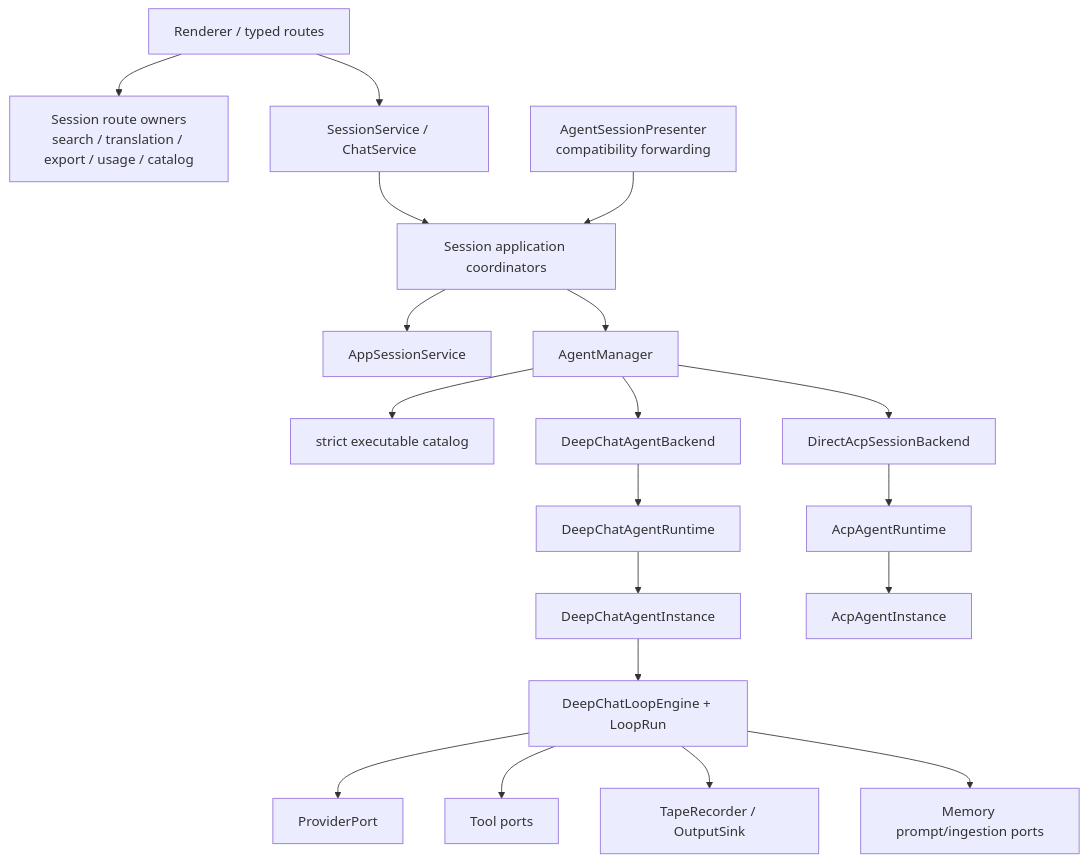
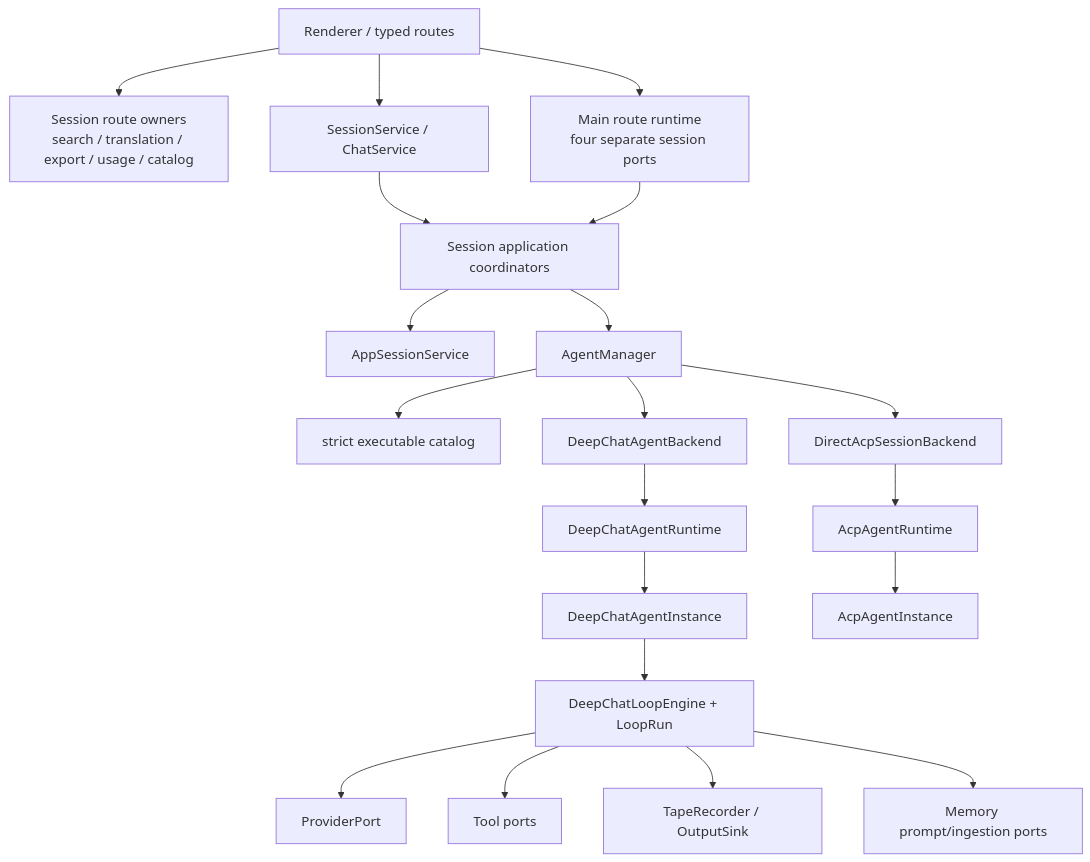
One commit to zerob13/deepchat changed the diagram in docs/architecture/agent-system.md. Above: the diagram before and after it, drawn with Mermaid. The commit also changed other lines of this file and 44 other files, not shown here.

First line of the commit message:
refactor(session): retire agent session presenter (#1964)

````diff
--- a/docs/architecture/agent-system.md
+++ b/docs/architecture/agent-system.md
@@ -32,21 +32,22 @@
 ```mermaid
 flowchart TD
     UI["Renderer / typed routes"] --> RouteOwners["Session route owners<br/>search / translation / export / usage / catalog"]
     UI --> Services["SessionService / ChatService"]
     Services --> App["Session application coordinators"]
-    Compat["AgentSessionPresenter<br/>compatibility forwarding"] --> App
+    UI --> RoutePorts["Main route runtime<br/>four separate session ports"]
+    RoutePorts --> App
     App --> Sessions["AppSessionService"]
     App --> Manager["AgentManager"]
     Manager --> Catalog["strict executable catalog"]
     Manager --> DeepBackend["DeepChatAgentBackend"]
     Manager --> AcpBackend["DirectAcpSessionBackend"]
     DeepBackend --> DeepRuntime["DeepChatAgentRuntime"]
     DeepRuntime --> DeepInstance["DeepChatAgentInstance"]
     DeepInstance --> Loop["DeepChatLoopEngine + LoopRun"]
     AcpBackend --> AcpRuntime["AcpAgentRuntime"]
     AcpRuntime --> AcpInstance["AcpAgentInstance"]
     Loop --> Provider["ProviderPort"]
     Loop --> ToolPorts["Tool ports"]
     Loop --> Tape["TapeRecorder / OutputSink"]
     Loop --> Memory["Memory prompt/ingestion ports"]
 ```
````
